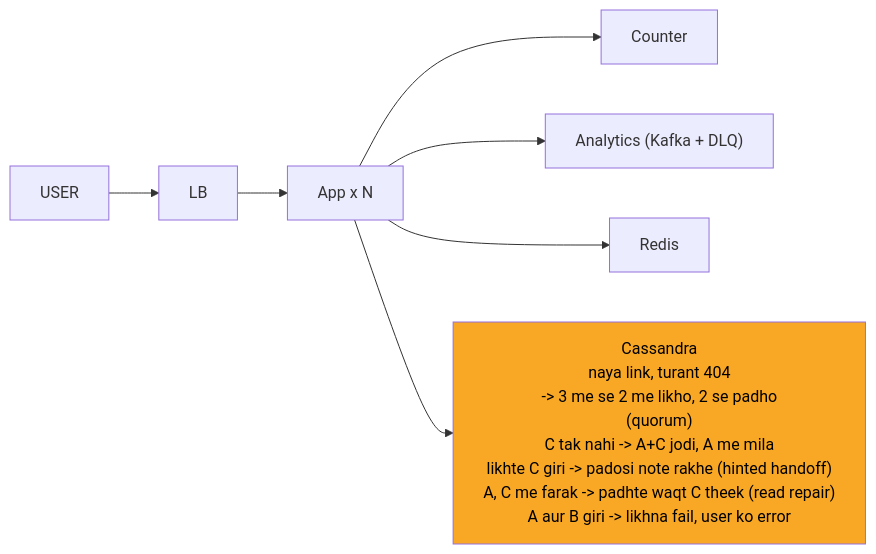
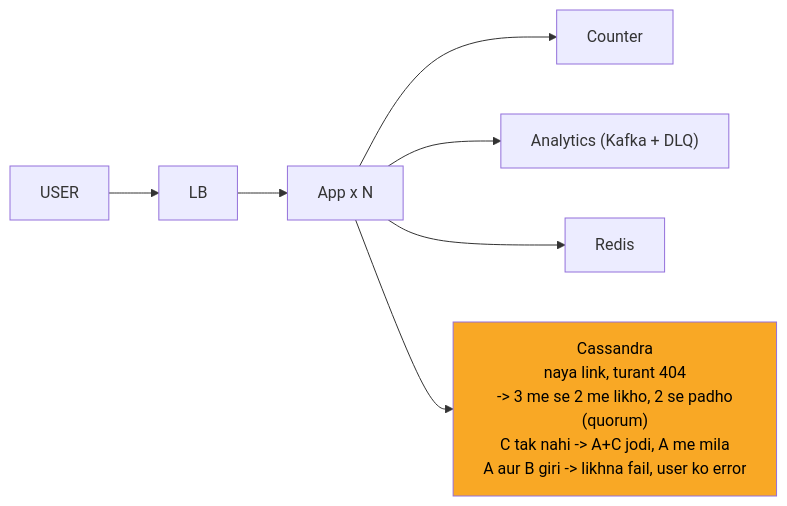
Before and after one commit to ArpanMaheshwari144/Prep: the seventh of 10 diagrams in 04_HLD/SYSTEM_DESIGNS/01_url_shortener/01_url_shortener.md, drawn with Mermaid. The commit also changed other lines of this file and 13 other files, not shown here.

````diff
--- a/04_HLD/SYSTEM_DESIGNS/01_url_shortener/01_url_shortener.md
+++ b/04_HLD/SYSTEM_DESIGNS/01_url_shortener/01_url_shortener.md
@@ -317,18 +317,18 @@
 ```mermaid
 %%{init: {"flowchart": {"wrappingWidth": 450}}}%%
 flowchart LR
     n_USER["USER"]
     n_LB["LB"]
     n_App_xN["App x N"]
     n_Counter["Counter"]
     n_ANA["Analytics (Kafka + DLQ)"]
     n_Redis["Redis"]
-    n_Cassandra["Cassandra<br/>naya link, turant 404<br/>-> 3 me se 2 me likho, 2 se padho<br/>(quorum)<br/>C tak nahi -> A+C jodi, A me mila<br/>likhte C giri -> padosi note rakhe (hinted handoff)<br/>A, C me farak -> padhte waqt C theek (read repair)<br/>A aur B giri -> likhna fail, user ko error"]
+    n_Cassandra["Cassandra<br/>naya link, turant 404<br/>-> 3 me se 2 me likho, 2 se padho<br/>(quorum)<br/>C tak nahi -> A+C jodi, A me mila<br/>A aur B giri -> likhna fail, user ko error"]
     n_USER --> n_LB
     n_LB --> n_App_xN
     n_App_xN --> n_Counter
     n_App_xN --> n_ANA
     n_App_xN --> n_Redis
     n_App_xN --> n_Cassandra
     style n_Cassandra fill:#f9a825,color:#000
 ```
````
